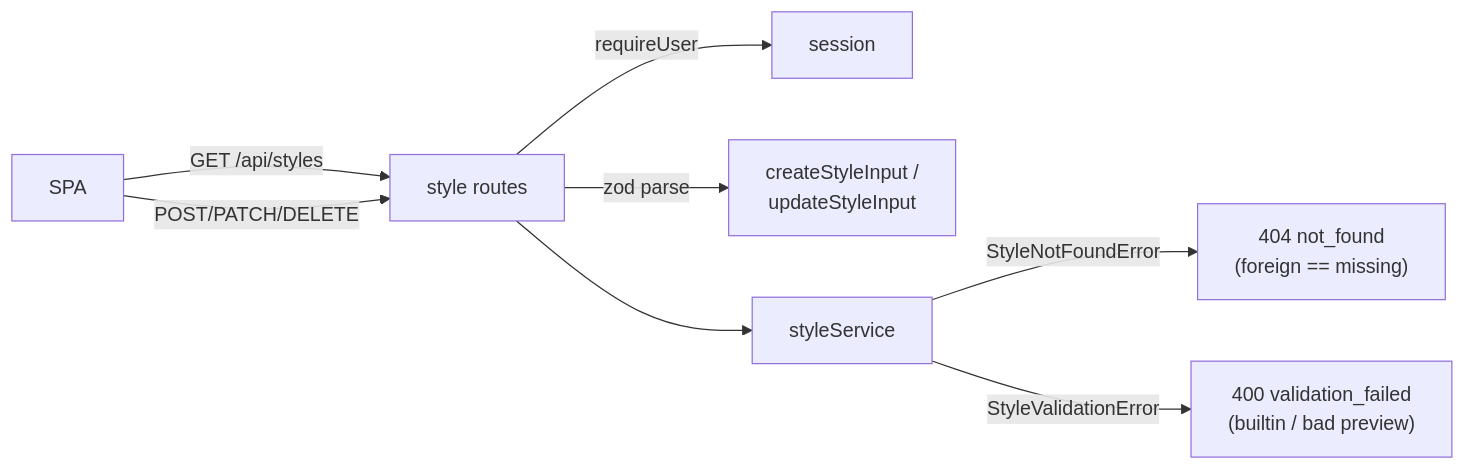
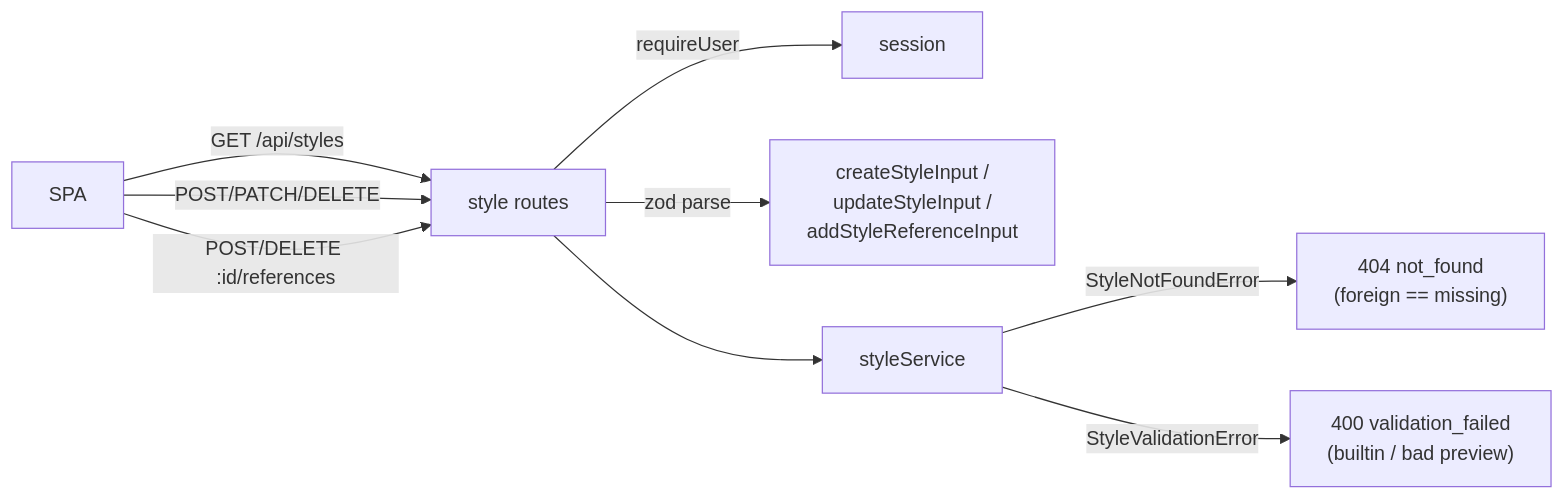
One commit to AzamatRaimbekov2/openCreate changed the diagram in apps/api/src/modules/styles/routes.ts.md. Above: the diagram before and after it, drawn with Mermaid. The commit also changed other lines of this file and 11 other files, not shown here.

````diff
--- a/apps/api/src/modules/styles/routes.ts.md
+++ b/apps/api/src/modules/styles/routes.ts.md
@@ -28,10 +31,11 @@
 ```mermaid
 flowchart LR
   C[SPA] -->|"GET /api/styles"| RT[style routes]
   C -->|"POST/PATCH/DELETE"| RT
   RT -->|requireUser| A[session]
-  RT -->|zod parse| V["createStyleInput /<br/>updateStyleInput"]
+  C -->|"POST/DELETE :id/references"| RT
+  RT -->|zod parse| V["createStyleInput /<br/>updateStyleInput /<br/>addStyleReferenceInput"]
   RT --> S[styleService]
   S -->|StyleNotFoundError| E404["404 not_found<br/>(foreign == missing)"]
   S -->|StyleValidationError| E400["400 validation_failed<br/>(builtin / bad preview)"]
 ```
````
